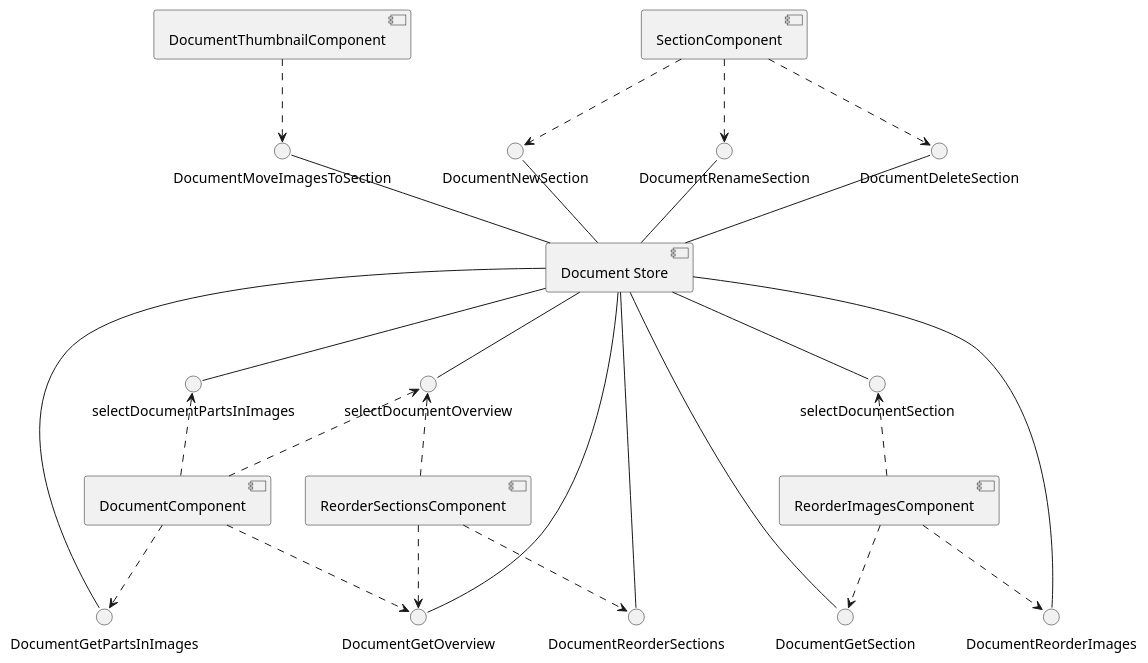
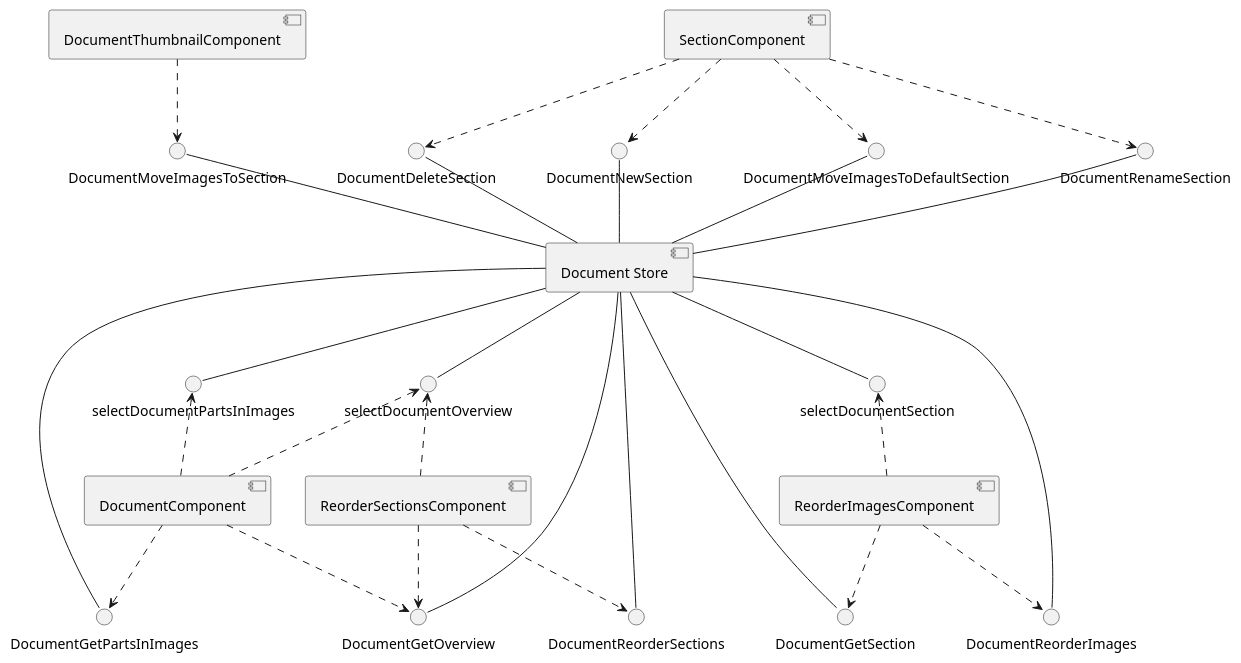
Before and after one commit to HISPAMUS/muret: the sixth of 17 diagrams in documentation/puml/angular.puml, drawn with PlantUML. The commit also changed other lines of this file and 34 other files, not shown here.

Commit message:
Document UML. Add "move all images to default section"

```diff
--- a/documentation/puml/angular.puml
+++ b/documentation/puml/angular.puml
@@ -146,33 +147,36 @@
 @startuml document_store_component
     [Document Store]
     DocumentGetOverview -- [Document Store]
     DocumentMoveImagesToSection -- [Document Store]
     DocumentNewSection -- [Document Store]
+    DocumentMoveImagesToDefaultSection -- [Document Store]
     DocumentRenameSection -- [Document Store]
     DocumentDeleteSection -- [Document Store]
     DocumentReorderSections -- [Document Store]
     DocumentGetSection -- [Document Store]
     DocumentReorderImages -- [Document Store]
     DocumentGetPartsInImages -- [Document Store]
+
 
     [Document Store] -- selectDocumentOverview
     [Document Store] -- selectDocumentSection
     [Document Store] -- selectDocumentPartsInImages
     
 
     [DocumentComponent] ..> DocumentGetOverview
     [ReorderSectionsComponent] ..> DocumentGetOverview
     [DocumentThumbnailComponent] ..> DocumentMoveImagesToSection
     [SectionComponent] ..> DocumentNewSection
     [SectionComponent] ..> DocumentRenameSection
     [SectionComponent] ..> DocumentDeleteSection
     [ReorderSectionsComponent] ..> DocumentReorderSections
     [ReorderImagesComponent] ..> DocumentGetSection
     [ReorderImagesComponent] ..> DocumentReorderImages
     [DocumentComponent] ..> DocumentGetPartsInImages
+    [SectionComponent] ..> DocumentMoveImagesToDefaultSection
 
     selectDocumentOverview <.. [DocumentComponent]
     selectDocumentOverview <.. [ReorderSectionsComponent]
     selectDocumentSection <.. [ReorderImagesComponent]
     selectDocumentPartsInImages <.. [DocumentComponent]
 @enduml
```
